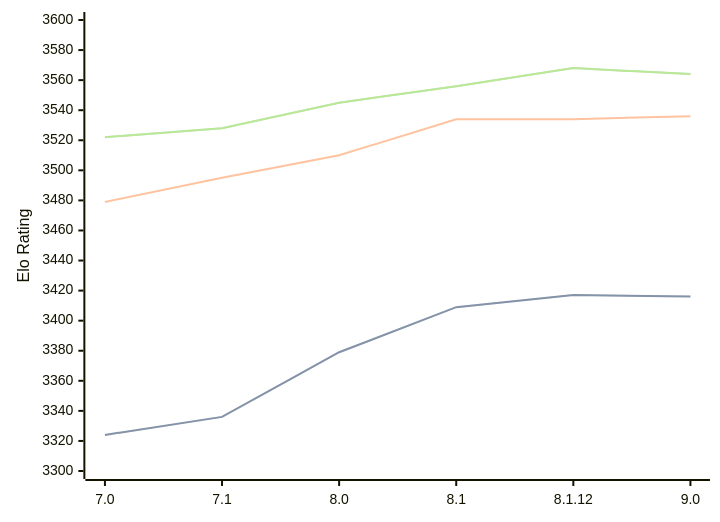
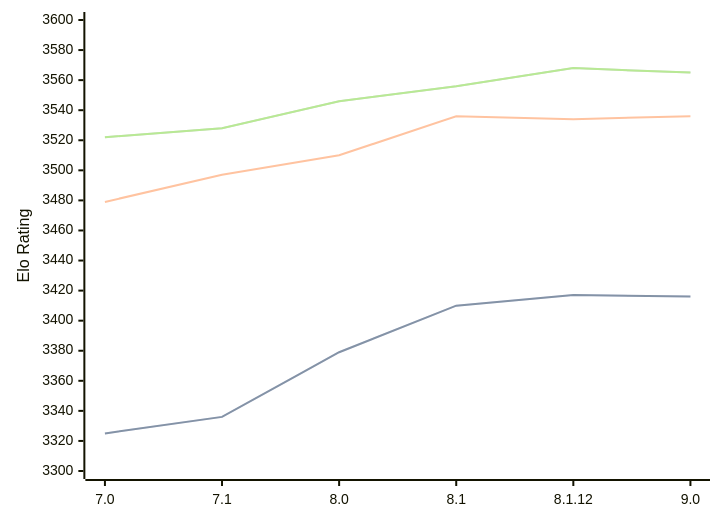
One commit to computer-chess-index/cci changed the diagram in engines/Alexandria.md. Above: the diagram before and after it, drawn with Mermaid. The commit also changed other lines of this file, not shown here.

Commit message:
Update CCI Ratings (ELO VLTC) - 2026-07-29

````diff
--- a/engines/Alexandria.md
+++ b/engines/Alexandria.md
@@ -55,11 +55,11 @@
 ```mermaid
 %%{init: {"theme":"base","themeVariables":{"seriesColors:['#a3a3a3','#222221','#faa371']}}}%%
 xychart-beta
   x-axis ["7.0", "7.1", "8.0", "8.1", "8.1.12", "9.0"]
   y-axis "Elo Rating" 3300 --> 3600
-  line "STC (8.0+0.08s)" [3324, 3336, 3379, 3409, 3417, 3416]
-  line "STC (8.0+0.08s)" [3324, 3336, 3379, 3409, 3417, 3416]
-  line "LTC (60.0+0.60s)" [3479, 3495, 3510, 3534, 3534, 3536]
-  line "VLTC (2m24s+1.12s)" [3522, 3528, 3545, 3556, 3568, 3564]
-  line "VLTC (2m24s+1.12s)" [3522, 3528, 3545, 3556, 3568, 3564]
+  line "STC (8.0+0.08s)" [3325, 3336, 3379, 3410, 3417, 3416]
+  line "STC (8.0+0.08s)" [3325, 3336, 3379, 3410, 3417, 3416]
+  line "LTC (60.0+0.60s)" [3479, 3497, 3510, 3536, 3534, 3536]
+  line "VLTC (2m24s+1.12s)" [3522, 3528, 3546, 3556, 3568, 3565]
+  line "VLTC (2m24s+1.12s)" [3522, 3528, 3546, 3556, 3568, 3565]
 ```
````
